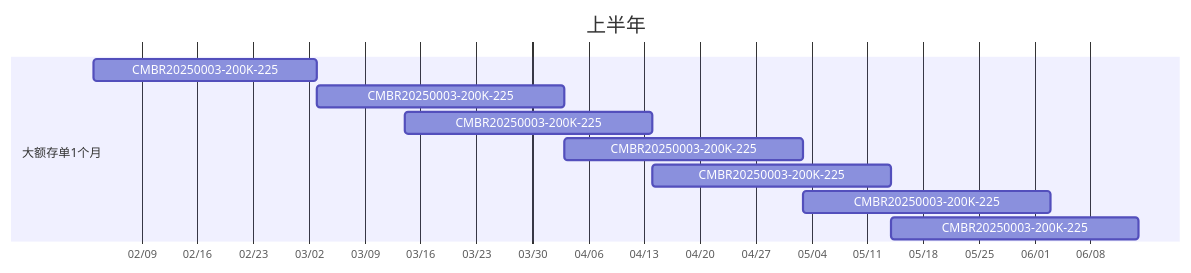
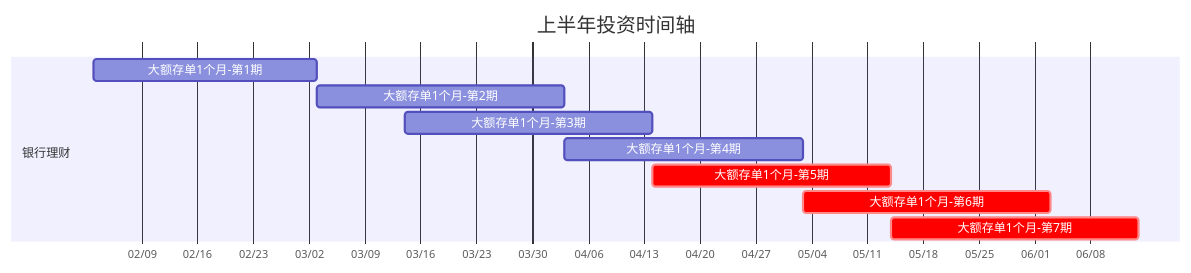
Before and after one commit to overlookart/overlookart.github.io: the second of 4 diagrams in content/Finance/2025.md, drawn with Mermaid. The commit also changed other lines of this file, not shown here.

````diff
--- a/content/Finance/2025.md
+++ b/content/Finance/2025.md
@@ -20,14 +39,14 @@
 ```mermaid
 gantt
-    title 上半年
+    title 上半年投资时间轴
     dateFormat YYYY-MM-DD
     axisFormat %m/%d
-    section 大额存单1个月
-        CMBR20250003-200K-225          :a1, 2025-02-03, 2025-03-03
-        CMBR20250003-200K-225          :a2, 2025-03-03, 2025-04-03
-        CMBR20250003-200K-225          :a3, 2025-03-14, 2025-04-14
-        CMBR20250003-200K-225          :a4, 2025-04-03, 2025-05-03
-        CMBR20250003-200K-225          :a5, 2025-04-14, 2025-05-14
-        CMBR20250003-200K-225          :a6, 2025-05-03, 2025-06-03
-        CMBR20250003-200K-225          :a5, 2025-05-14, 2025-06-14
+    section 银行理财
+        大额存单1个月-第1期         :a1, 2025-02-03, 2025-03-03
+        大额存单1个月-第2期         :a2, 2025-03-03, 2025-04-03
+        大额存单1个月-第3期         :a3, 2025-03-14, 2025-04-14
+        大额存单1个月-第4期         :a4, 2025-04-03, 2025-05-03
+        大额存单1个月-第5期         :crit, 2025-04-14, 2025-05-14
+        大额存单1个月-第6期         :crit, 2025-05-03, 2025-06-03
+        大额存单1个月-第7期         :crit, 2025-05-14, 2025-06-14
 ```
````
